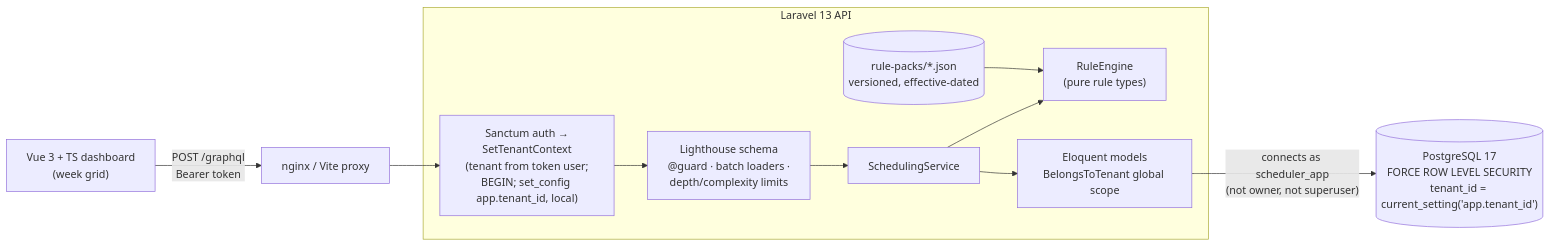
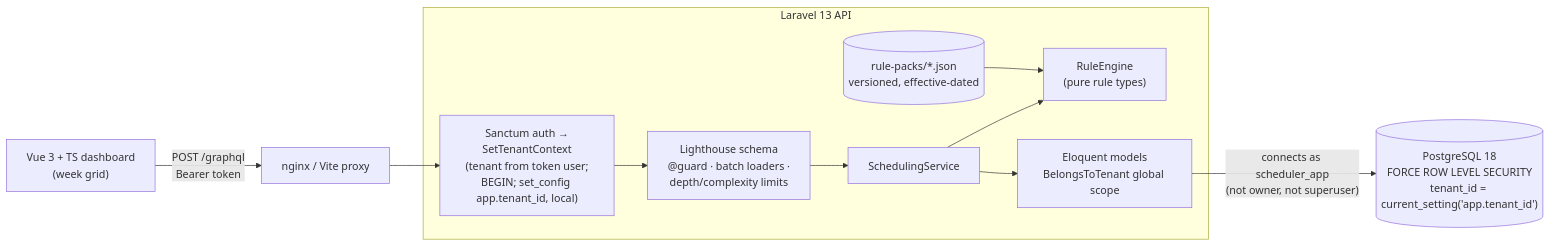
The first of 2 diagrams in README.md (adilKhan72/workforce-scheduler-saas), drawn with Mermaid before and after one commit. The commit also changed other lines of this file and 4 other files, not shown here.

````diff
--- a/README.md
+++ b/README.md
@@ -19,13 +19,13 @@
 ```mermaid
 flowchart LR
     SPA["Vue 3 + TS dashboard<br/>(week grid)"] -->|"POST /graphql<br/>Bearer token"| NGINX[nginx / Vite proxy]
     NGINX --> MW
     subgraph API["Laravel 13 API"]
         MW["Sanctum auth →<br/>SetTenantContext<br/>(tenant from token user;<br/>BEGIN; set_config app.tenant_id, local)"] --> GQL["Lighthouse schema<br/>@guard · batch loaders ·<br/>depth/complexity limits"]
         GQL --> SVC[SchedulingService]
         SVC --> ENGINE["RuleEngine<br/>(pure rule types)"]
         PACKS[("rule-packs/*.json<br/>versioned, effective-dated")] --> ENGINE
         SVC --> MODELS["Eloquent models<br/>BelongsToTenant global scope"]
     end
-    MODELS -->|"connects as scheduler_app<br/>(not owner, not superuser)"| PG[("PostgreSQL 17<br/>FORCE ROW LEVEL SECURITY<br/>tenant_id = current_setting('app.tenant_id')")]
+    MODELS -->|"connects as scheduler_app<br/>(not owner, not superuser)"| PG[("PostgreSQL 18<br/>FORCE ROW LEVEL SECURITY<br/>tenant_id = current_setting('app.tenant_id')")]
 ```
````
